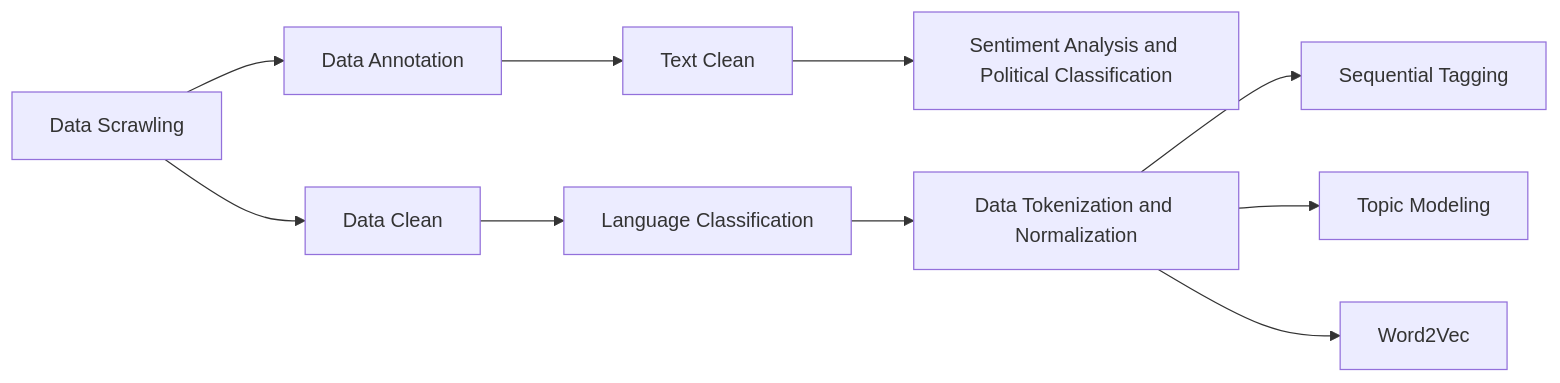
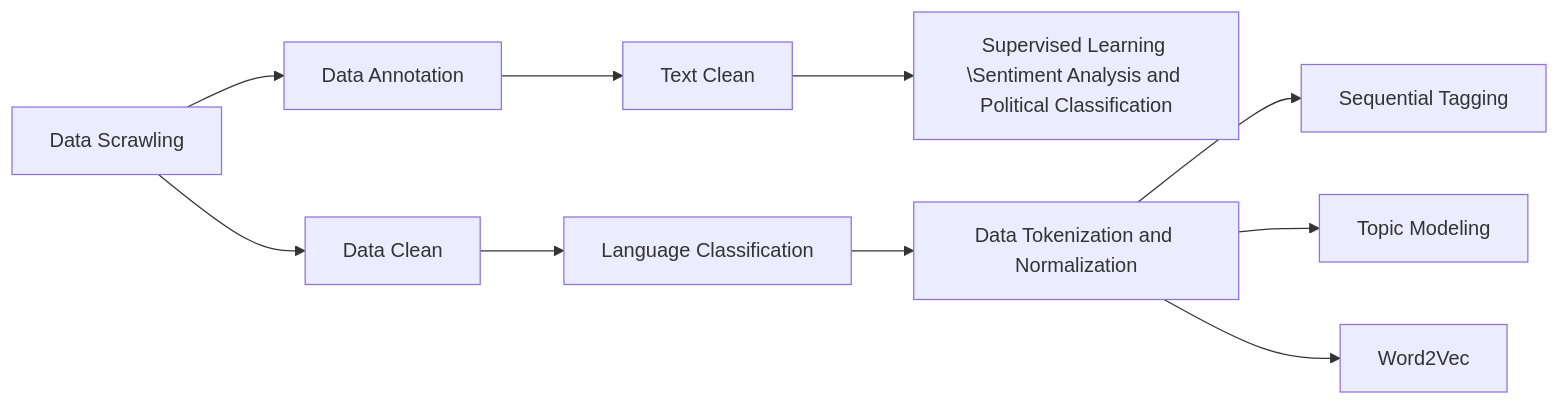
Before and after one commit to ronineume/X-NLP-Project: the diagram in README.md, drawn with Mermaid.

````diff
--- a/README.md
+++ b/README.md
@@ -7,7 +7,7 @@
 ```mermaid
  graph LR
-A[Data Scrawling]--> B[Data Annotation] --> C[Text Clean] --> D[Sentiment Analysis and Political Classification]
+A[Data Scrawling]--> B[Data Annotation] --> C[Text Clean] --> D[Supervised Learning \Sentiment Analysis and Political Classification]
 A[Data Scrawling]--> E[Data Clean]-->F[Language Classification]-->G[Data Tokenization and Normalization]-->H[Sequential Tagging]
 G[Data Tokenization and Normalization]-->I[Topic Modeling]
 G[Data Tokenization and Normalization]-->J[Word2Vec]
 ```
````
